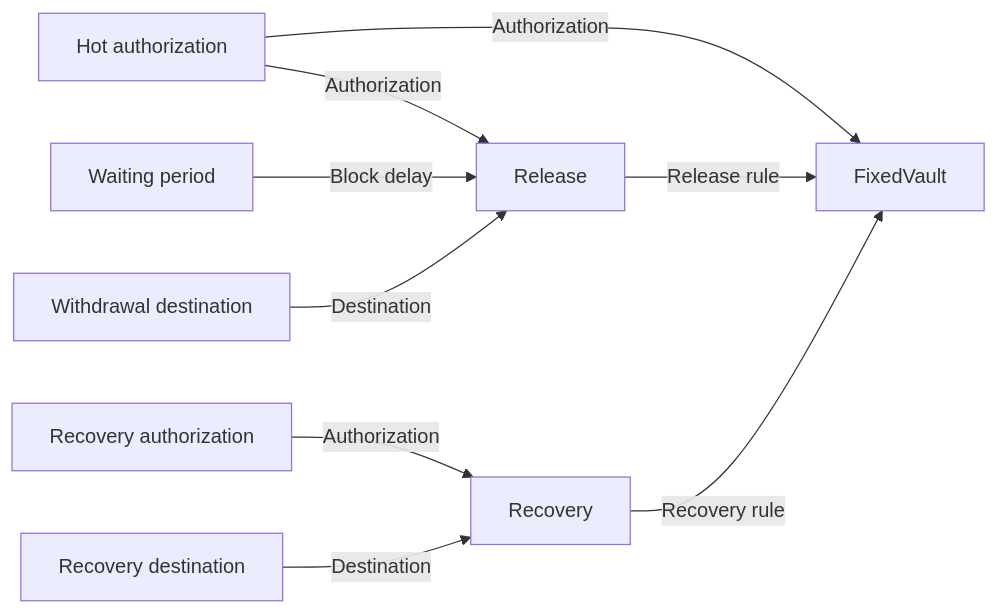
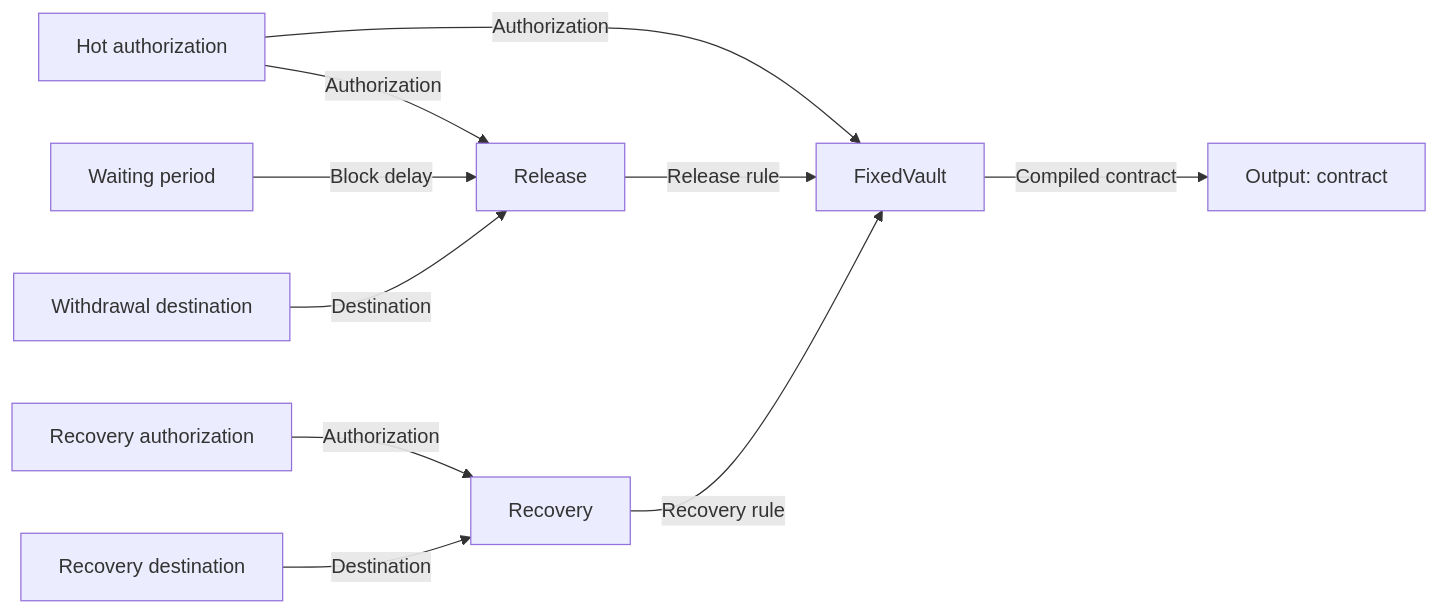
The diagram in contrib/build-a-vault/README.md (sapio-lang/sapio), drawn with Mermaid before and after one commit. The commit also changed other lines of this file and 4 other files, not shown here.

````diff
--- a/contrib/build-a-vault/README.md
+++ b/contrib/build-a-vault/README.md
@@ -150,11 +152,12 @@
 ```mermaid
 flowchart LR
     hot[Hot authorization] -->|Authorization| release[Release]
     delay[Waiting period] -->|Block delay| release
     hotdest[Withdrawal destination] -->|Destination| release
     cold[Recovery authorization] -->|Authorization| recovery[Recovery]
     colddest[Recovery destination] -->|Destination| recovery
     hot -->|Authorization| vault[FixedVault]
     release -->|Release rule| vault
     recovery -->|Recovery rule| vault
+    vault -->|Compiled contract| result[Output: contract]
 ```
````
